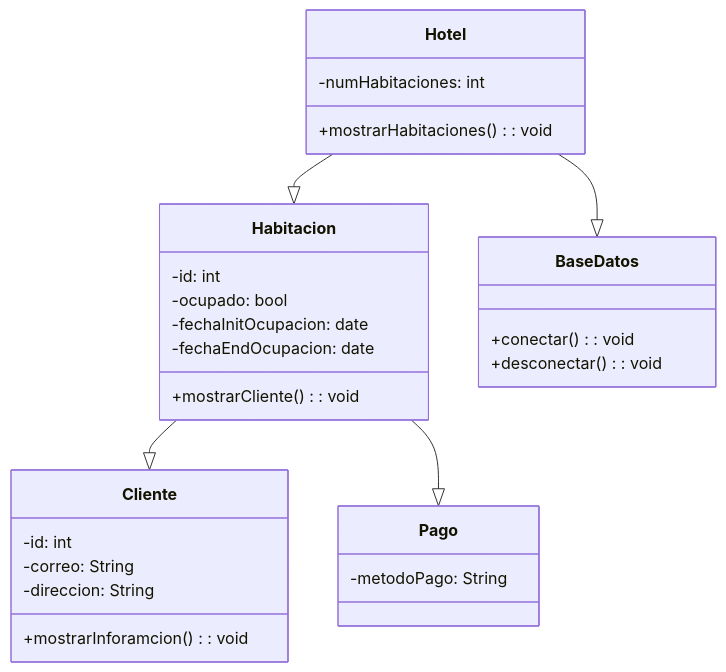
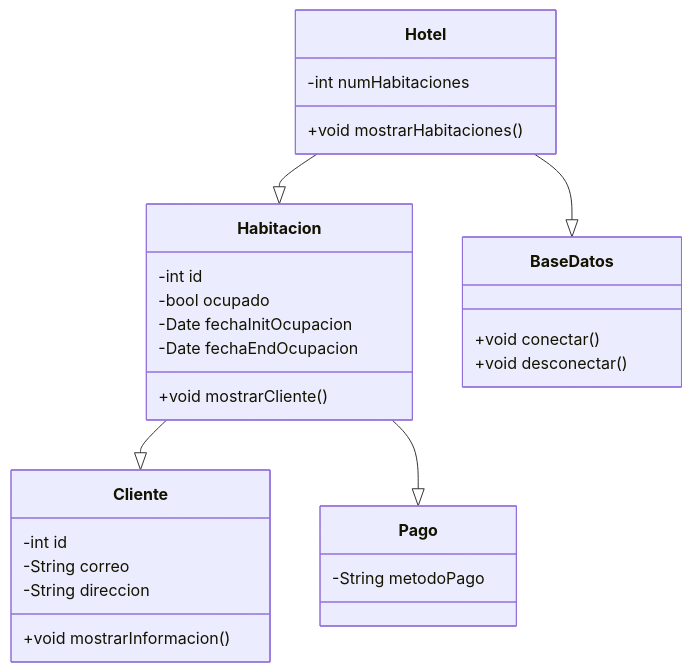
The diagram in README.md (puj-course/fis_2024_g1), drawn with Mermaid before and after one commit. The commit also changed other lines of this file, not shown here.

Commit message:
Se actualizo el README #2
Se cambiaron, los diagramas de clases, y se verifoc el funcionamiento del indice/tabla de contenidos

````diff
--- a/README.md
+++ b/README.md
@@ -37,36 +37,36 @@
 ```mermaid
  classDiagram
     Hotel --|> Habitacion
     Hotel --|> BaseDatos
     Habitacion --|> Cliente
     Habitacion --|> Pago 
 
     class Pago{
-        -metodoPago: String 
+        -String metodoPago
     }
 
     class Habitacion{
-        -id: int
-        -ocupado: bool
-        -fechaInitOcupacion: date
-        -fechaEndOcupacion: date
-        +mostrarCliente(): void
+        -int id
+        -bool ocupado
+        -Date fechaInitOcupacion
+        -Date fechaEndOcupacion
+        +void mostrarCliente()
     }
     class Hotel{
-        -numHabitaciones: int
-        +mostrarHabitaciones(): void
+        -int numHabitaciones
+        +void mostrarHabitaciones()
     }
 
     class Cliente{
-        -id: int
-        -correo: String
-        -direccion: String
-        +mostrarInforamcion(): void
+        -int id
+        -String correo
+        -String direccion
+        +void mostrarInformacion()
     }  
 
     class BaseDatos{
-        +conectar(): void
-        +desconectar(): void   
+        +void conectar()
+        +void desconectar()
     }
     
 ```
````
